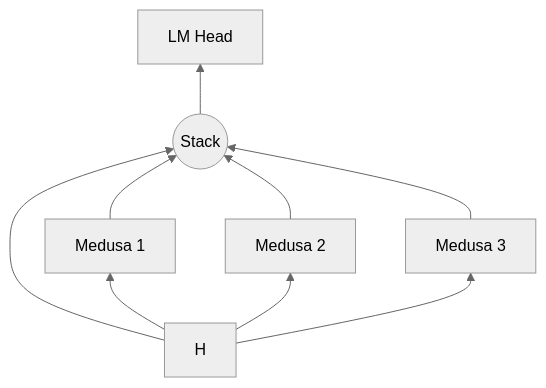
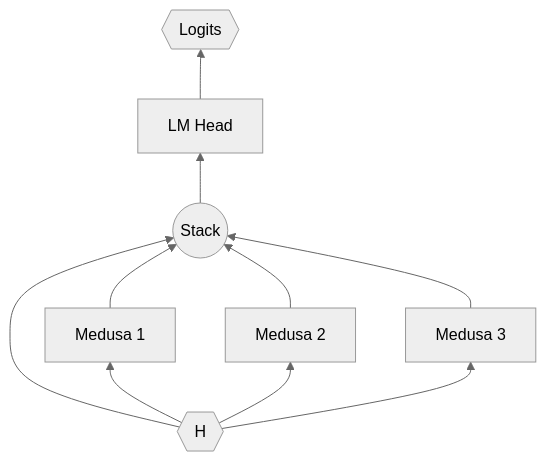
The diagram in docs/models/adapters/medusa.md (predibase/lorax), drawn with Mermaid (neutral theme) before and after one commit. The commit also changed other lines of this file and 1 other file, not shown here.

````diff
--- a/docs/models/adapters/medusa.md
+++ b/docs/models/adapters/medusa.md
@@ -9,11 +9,12 @@
 ``` mermaid
 graph BT
-  X[H] --> S((Stack));
+  X{{H}} --> S((Stack));
   X --> M1[Medusa 1];
   X --> M2[Medusa 2];
   X --> M3[Medusa 3];
   M1 --> S;
   M2 --> S;
   M3 --> S;
   S --> LM[LM Head]
+  LM --> L{{Logits}}
 ```
````
